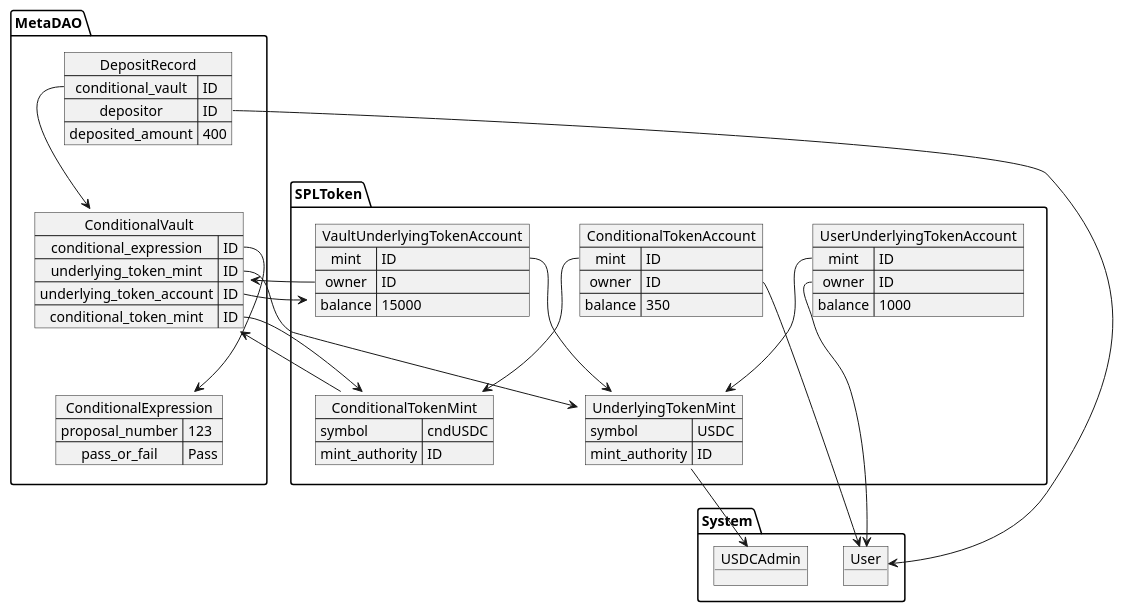
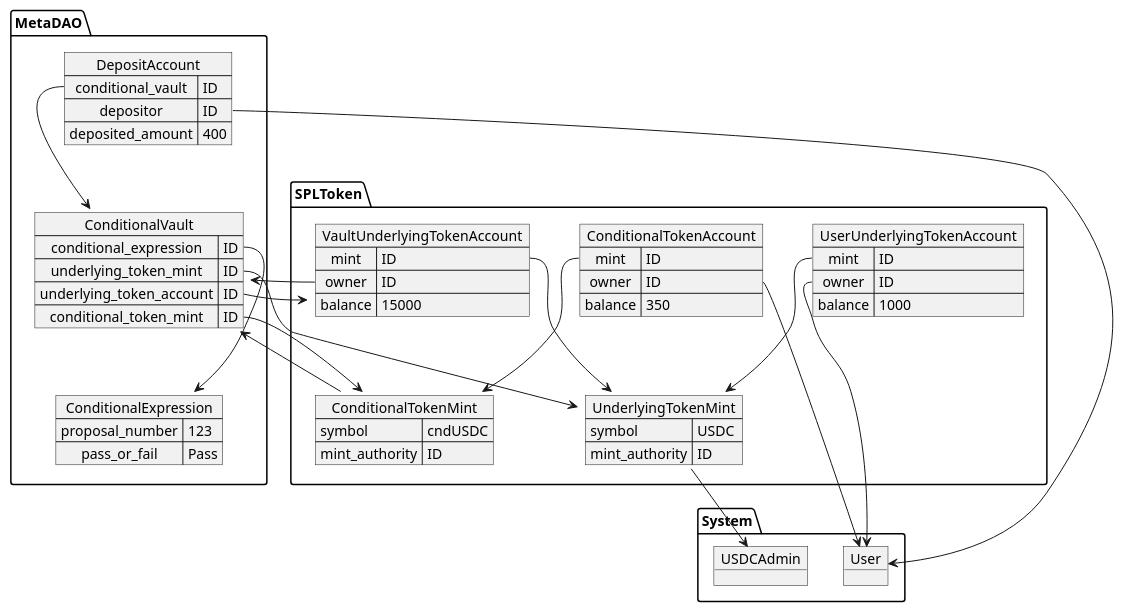
One commit to metaDAOproject/futarchy changed the diagram in docs/conditional_vault_accounts.puml. Above: the diagram before and after it, drawn with PlantUML. The commit also changed 2 other files, not shown here.

Commit message:
feat: add ability to mint conditional (SPL) tokens

```diff
--- a/docs/conditional_vault_accounts.puml
+++ b/docs/conditional_vault_accounts.puml
@@ -1,77 +1,77 @@
 @startuml
 package MetaDAO {
     map ConditionalExpression {
         proposal_number => 123
         pass_or_fail => Pass
     } 
 
     map ConditionalVault {
         conditional_expression => ID
         underlying_token_mint => ID
         underlying_token_account => ID
         conditional_token_mint => ID
     }
 
-    map DepositRecord {
+    map DepositAccount {
         conditional_vault => ID
         depositor => ID
         deposited_amount => 400
     }
 }
 
 package SPLToken {
     json UnderlyingTokenMint {
         "symbol": "USDC",
         "mint_authority": "ID"
     }
 
     json ConditionalTokenMint {
         "symbol": "cndUSDC",
         "mint_authority": "ID"
     }
 
     map ConditionalTokenAccount {
         mint => ID
         owner => ID
         balance => 350
     }
 
     map UserUnderlyingTokenAccount {
         mint => ID
         owner => ID
         balance => 1000
     }
 
     map VaultUnderlyingTokenAccount {
         mint => ID
         owner => ID
         balance => 15000
     }
 }
 
 package System {
     object User
     object USDCAdmin
 }
 
 ConditionalVault::conditional_expression --> ConditionalExpression
 ConditionalVault::underlying_token_mint --> UnderlyingTokenMint
 ConditionalVault::conditional_token_mint --> ConditionalTokenMint
 ConditionalVault::underlying_token_account --> VaultUnderlyingTokenAccount
 
-DepositRecord::conditional_vault --> ConditionalVault
-DepositRecord::depositor --> User
+DepositAccount::conditional_vault --> ConditionalVault
+DepositAccount::depositor --> User
 
 VaultUnderlyingTokenAccount::mint --> UnderlyingTokenMint
 VaultUnderlyingTokenAccount::owner --> ConditionalVault
 
 UserUnderlyingTokenAccount::mint --> UnderlyingTokenMint
 UserUnderlyingTokenAccount::owner --> User
 
 ConditionalTokenAccount::mint --> ConditionalTokenMint
 ConditionalTokenAccount::owner --> User
 
 UnderlyingTokenMint::mint_authority --> USDCAdmin
 
 ConditionalTokenMint::mint_authority --> ConditionalVault
 @enduml
```
